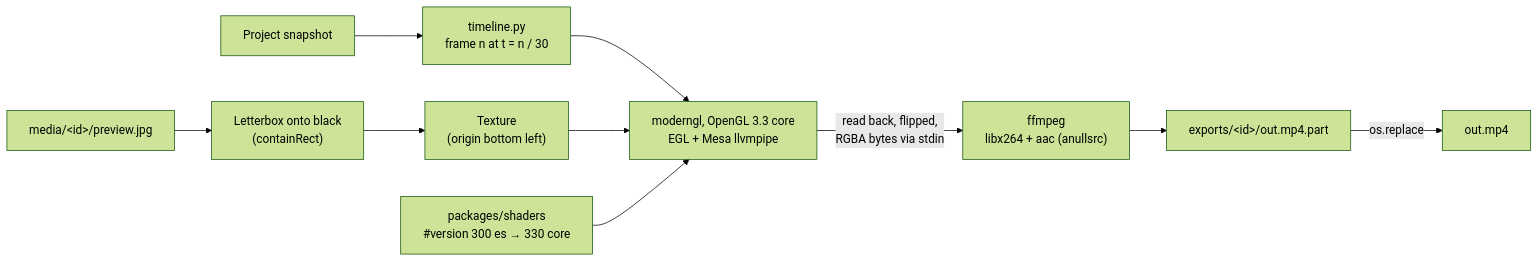
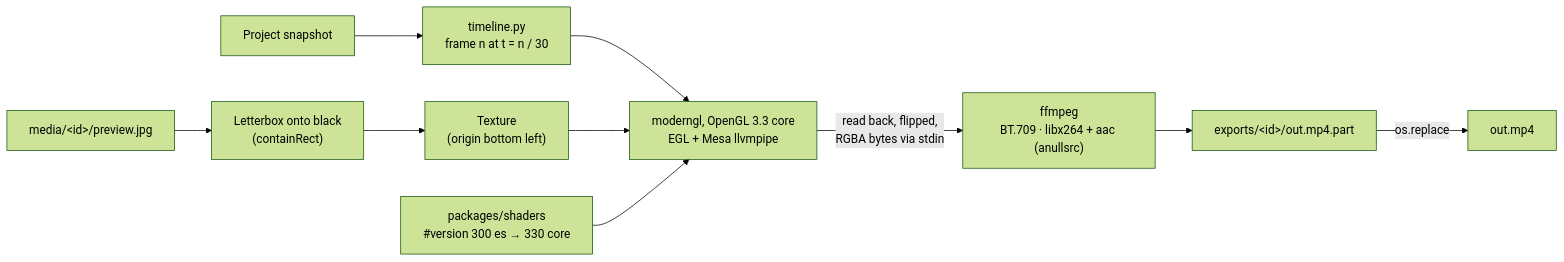
One commit to JoMe92/moviemakery2k changed the second of 3 diagrams in docs/architecture.md. Above: the diagram before and after it, drawn with Mermaid (forest theme). The commit also changed other lines of this file and 2 other files, not shown here.

````diff
--- a/docs/architecture.md
+++ b/docs/architecture.md
@@ -145,11 +152,11 @@
 ```mermaid
 flowchart LR
   Snap["Project snapshot"] --> TLp["timeline.py<br/>frame n at t = n / 30"]
   JPG["media/&lt;id&gt;/preview.jpg"] --> LB["Letterbox onto black<br/>(containRect)"]
   LB --> Tex["Texture<br/>(origin bottom left)"]
   TLp --> Draw
   Tex --> Draw["moderngl, OpenGL 3.3 core<br/>EGL + Mesa llvmpipe"]
   SH["packages/shaders<br/>#version 300 es → 330 core"] --> Draw
-  Draw -- "read back, flipped,<br/>RGBA bytes via stdin" --> FFm["ffmpeg<br/>libx264 + aac (anullsrc)"]
+  Draw -- "read back, flipped,<br/>RGBA bytes via stdin" --> FFm["ffmpeg<br/>BT.709 · libx264 + aac (anullsrc)"]
   FFm --> Part["exports/&lt;id&gt;/out.mp4.part"] -- "os.replace" --> MP4["out.mp4"]
 ```
````
